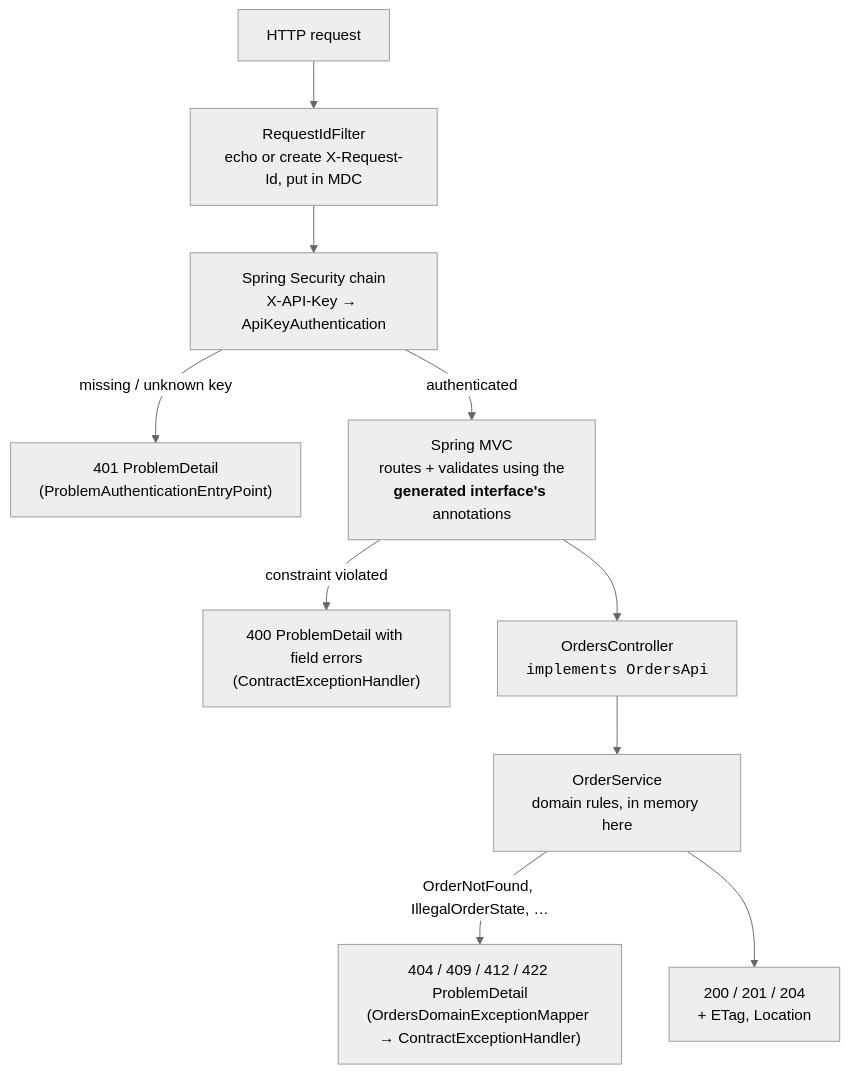
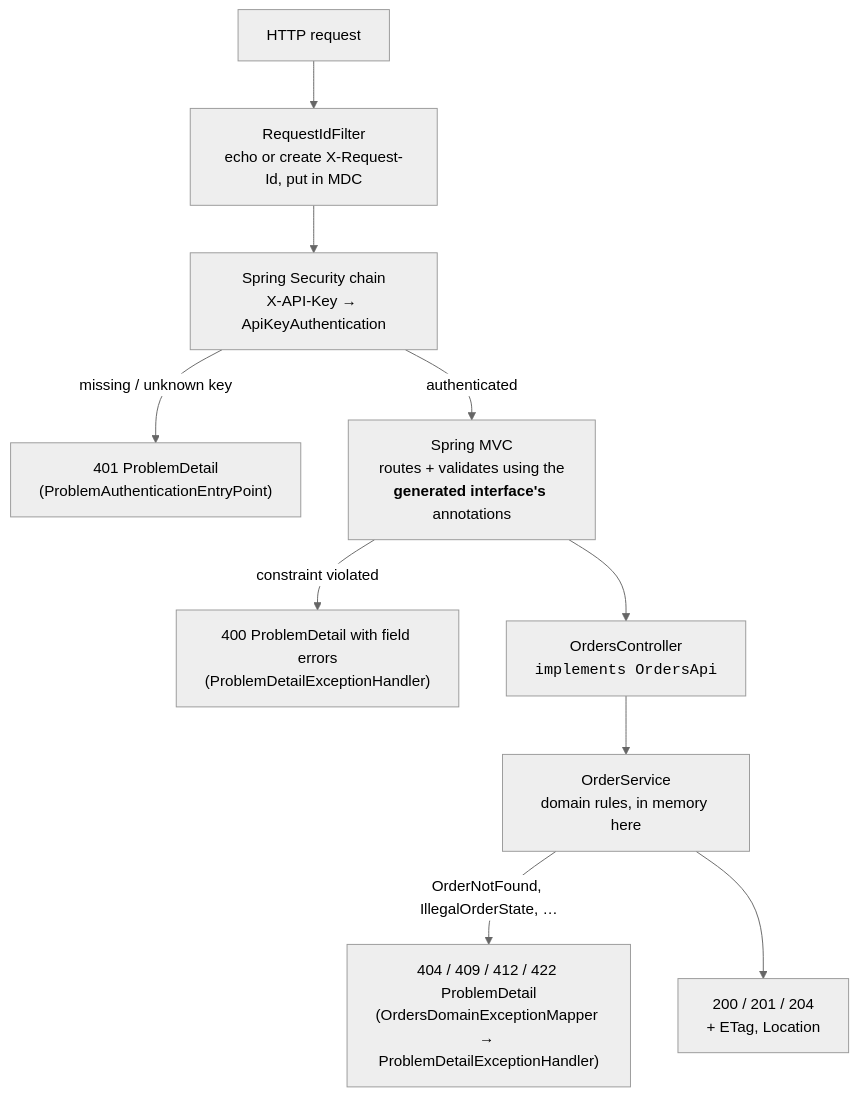
One commit to dmitrykislov/contract-first-spring changed the third of 7 diagrams in README.md. Above: the diagram before and after it, drawn with Mermaid (neutral theme). The commit also changed other lines of this file and 107 other files, not shown here.

````diff
--- a/README.md
+++ b/README.md
@@ -231,12 +232,12 @@
 ```mermaid
 flowchart TB
     REQ["HTTP request"] --> RID["RequestIdFilter<br/>echo or create X-Request-Id, put in MDC"]
     RID --> SEC["Spring Security chain<br/>X-API-Key → ApiKeyAuthentication"]
     SEC -- "missing / unknown key" --> P401["401 ProblemDetail<br/>(ProblemAuthenticationEntryPoint)"]
     SEC -- "authenticated" --> MVC["Spring MVC<br/>routes + validates using the<br/><b>generated interface's</b> annotations"]
-    MVC -- "constraint violated" --> P400["400 ProblemDetail with field errors<br/>(ContractExceptionHandler)"]
+    MVC -- "constraint violated" --> P400["400 ProblemDetail with field errors<br/>(ProblemDetailExceptionHandler)"]
     MVC --> CTRL["OrdersController<br/><code>implements OrdersApi</code>"]
     CTRL --> DOM["OrderService<br/>domain rules, in memory here"]
-    DOM -- "OrderNotFound, IllegalOrderState, …" --> PERR["404 / 409 / 412 / 422 ProblemDetail<br/>(OrdersDomainExceptionMapper → ContractExceptionHandler)"]
+    DOM -- "OrderNotFound, IllegalOrderState, …" --> PERR["404 / 409 / 412 / 422 ProblemDetail<br/>(OrdersDomainExceptionMapper → ProblemDetailExceptionHandler)"]
     DOM --> RESP["200 / 201 / 204<br/>+ ETag, Location"]
 ```
````
